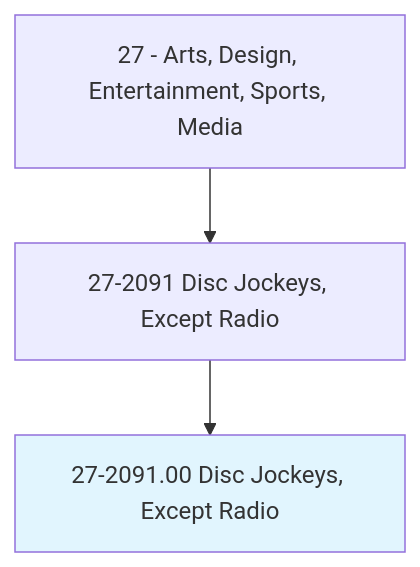
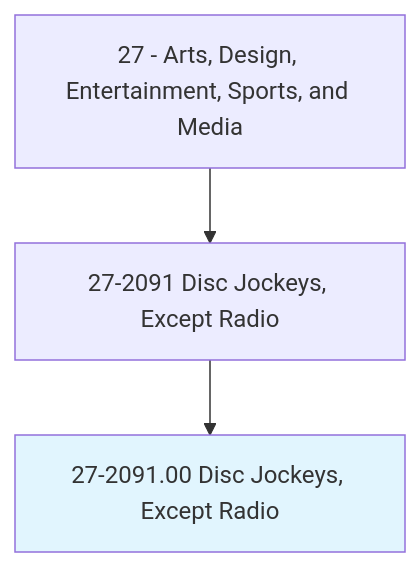
Before and after one commit to kziemski/business.org.ai: the first of 4 diagrams in occupations/ArtsMedia/DiscJockeysExceptRadio.mdx, drawn with Mermaid. The commit also changed other lines of this file and 938 other files, not shown here.

````diff
--- a/occupations/ArtsMedia/DiscJockeysExceptRadio.mdx
+++ b/occupations/ArtsMedia/DiscJockeysExceptRadio.mdx
@@ -19,6 +23,6 @@
 ```mermaid
 graph TD
-    Cat27["27 - Arts, Design, Entertainment, Sports, Media"] --> Group272091["27-2091 Disc Jockeys, Except Radio"]
+    Cat27["27 - Arts, Design, Entertainment, Sports, and Media"] --> Group272091["27-2091 Disc Jockeys, Except Radio"]
     Group272091 --> Current["27-2091.00 Disc Jockeys, Except Radio"]
     style Current fill:#e1f5fe
 ```
````
